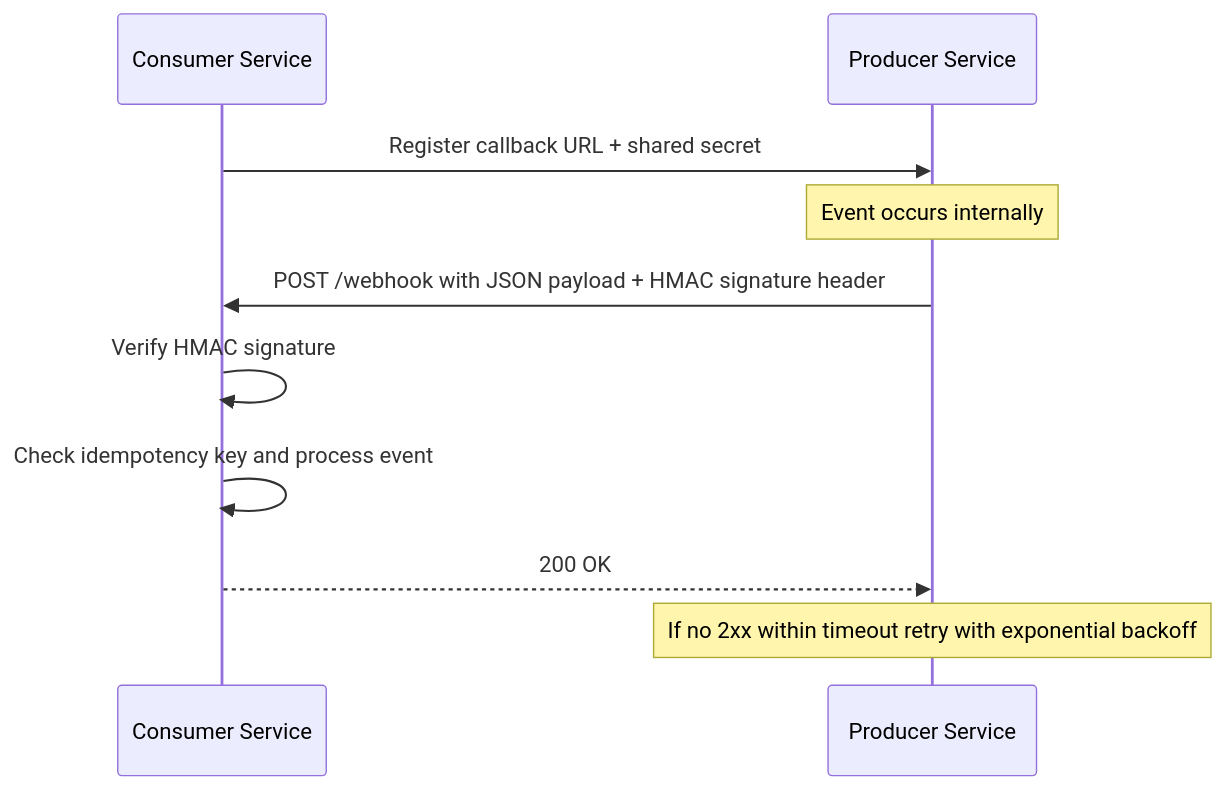
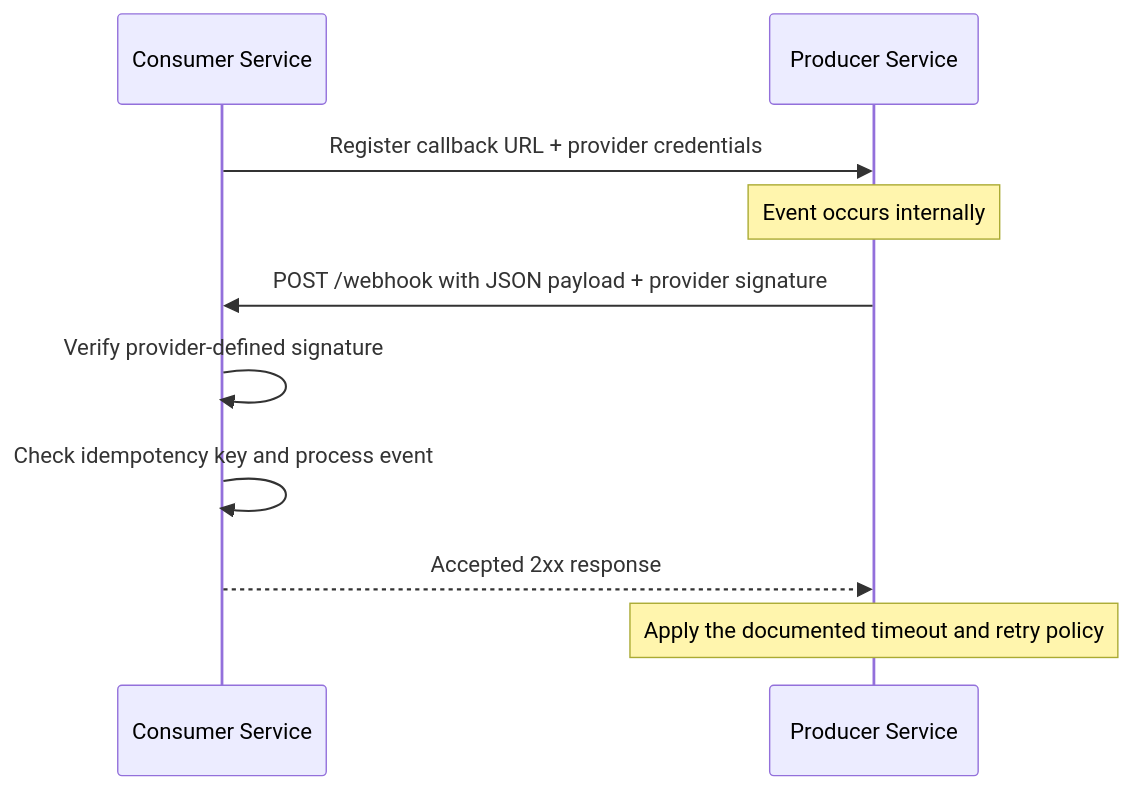
The diagram in Vault/Home/Software Architecture/Distributed Systems/Webhooks.md (grafanaKibana/devbook.zip), drawn with Mermaid before and after one commit. The commit also changed other lines of this file and 128 other files, not shown here.

````diff
--- a/Vault/Home/Software Architecture/Distributed Systems/Webhooks.md
+++ b/Vault/Home/Software Architecture/Distributed Systems/Webhooks.md
@@ -20,13 +20,13 @@
 ```mermaid
 sequenceDiagram
     participant Consumer as Consumer Service
     participant Producer as Producer Service
 
-    Consumer->>Producer: Register callback URL + shared secret
+    Consumer->>Producer: Register callback URL + provider credentials
     Note over Producer: Event occurs internally
-    Producer->>Consumer: POST /webhook with JSON payload + HMAC signature header
-    Consumer->>Consumer: Verify HMAC signature
+    Producer->>Consumer: POST /webhook with JSON payload + provider signature
+    Consumer->>Consumer: Verify provider-defined signature
     Consumer->>Consumer: Check idempotency key and process event
-    Consumer-->>Producer: 200 OK
-    Note over Producer: If no 2xx within timeout retry with exponential backoff
+    Consumer-->>Producer: Accepted 2xx response
+    Note over Producer: Apply the documented timeout and retry policy
 ```
````
